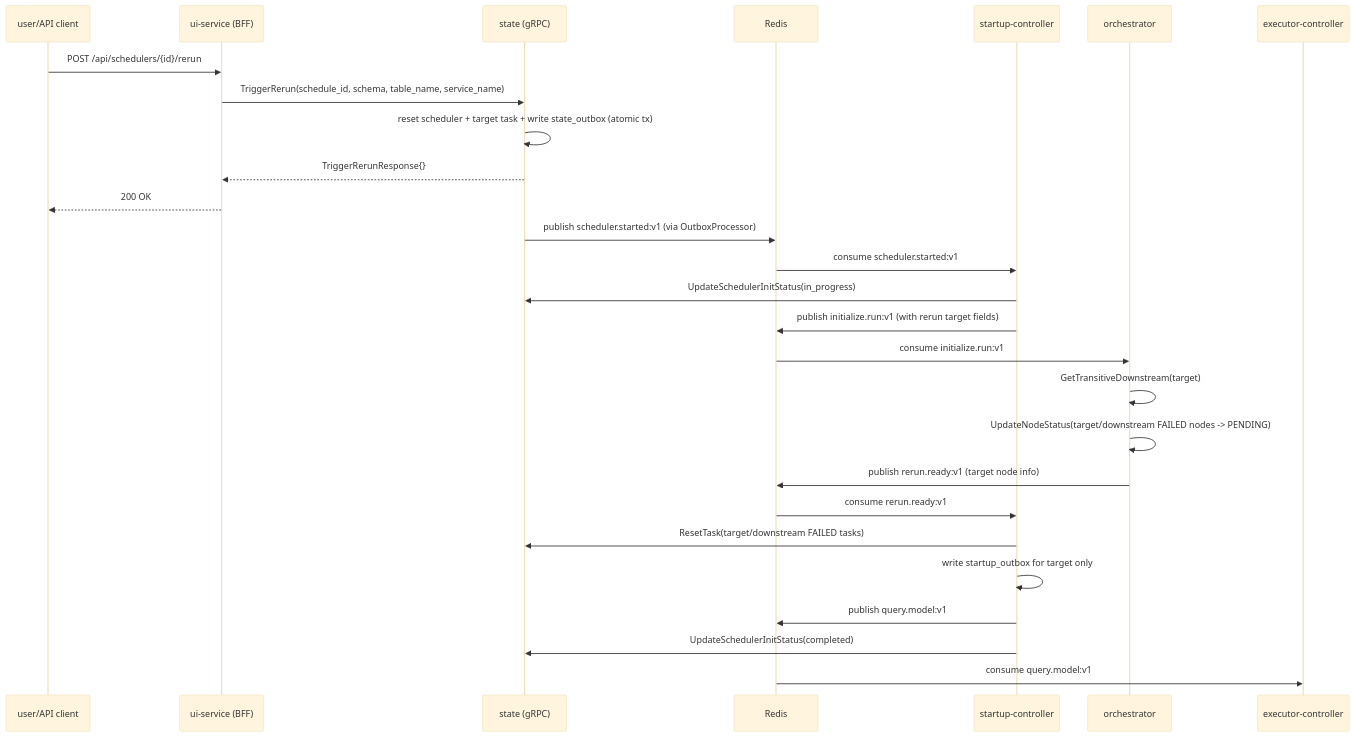
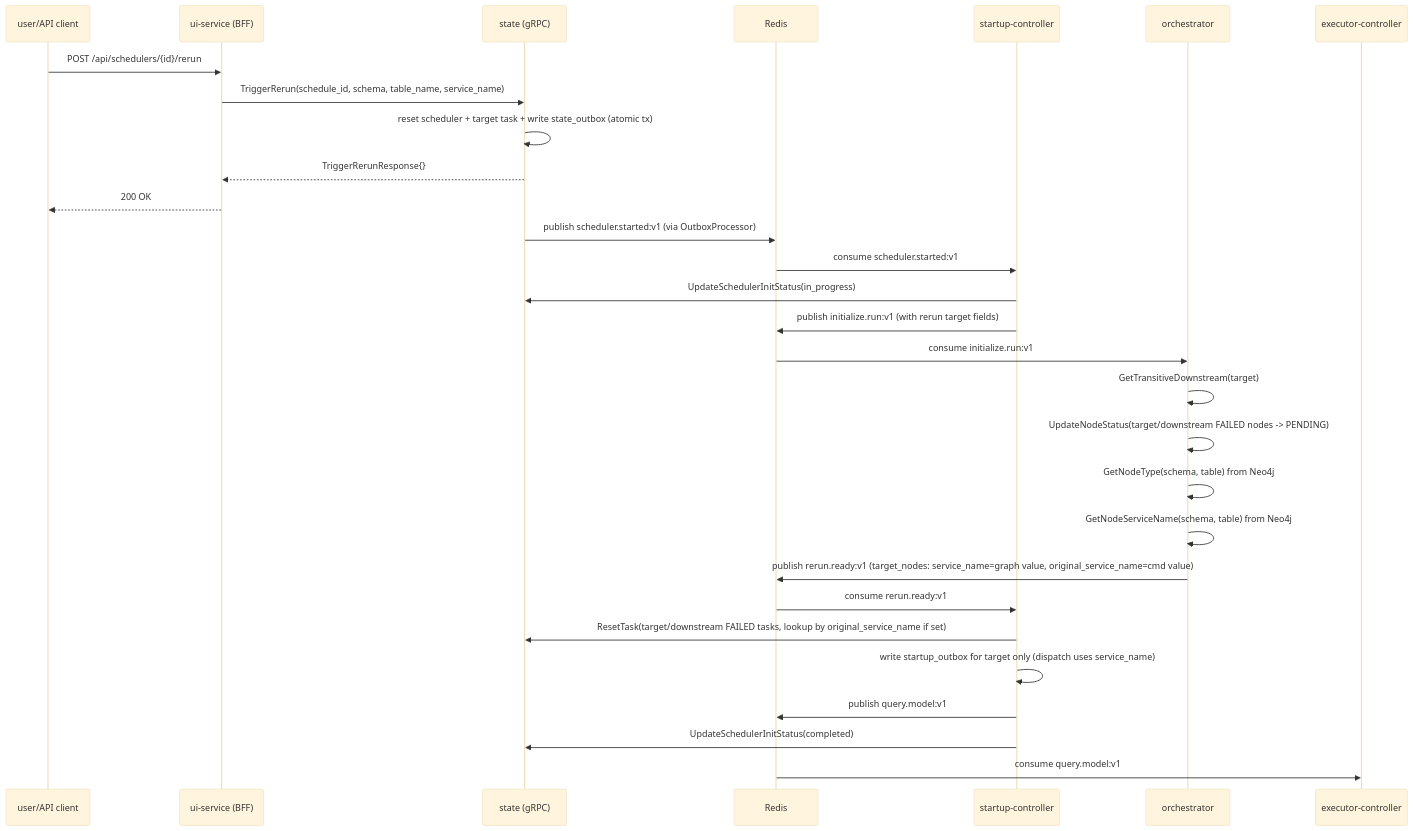
The fourth of 5 diagrams in docs/arch/03-sequence-flows.md (carolsimone/continuo), drawn with Mermaid (base theme) before and after one commit. The commit also changed 3 other files, not shown here.

Commit message:
docs(arch): update rerun flow docs for service_name split and new repository methods

````diff
--- a/docs/arch/03-sequence-flows.md
+++ b/docs/arch/03-sequence-flows.md
@@ -108,30 +108,32 @@
 ```mermaid
 sequenceDiagram
   participant U as user/API client
   participant UI as ui-service (BFF)
   participant ST as state (gRPC)
   participant R as Redis
   participant SC as startup-controller
   participant OR as orchestrator
   participant EC as executor-controller
 
   U->>UI: POST /api/schedulers/{id}/rerun
   UI->>ST: TriggerRerun(schedule_id, schema, table_name, service_name)
   ST->>ST: reset scheduler + target task + write state_outbox (atomic tx)
   ST-->>UI: TriggerRerunResponse{}
   UI-->>U: 200 OK
   ST->>R: publish scheduler.started:v1 (via OutboxProcessor)
   R->>SC: consume scheduler.started:v1
   SC->>ST: UpdateSchedulerInitStatus(in_progress)
   SC->>R: publish initialize.run:v1 (with rerun target fields)
   R->>OR: consume initialize.run:v1
   OR->>OR: GetTransitiveDownstream(target)
   OR->>OR: UpdateNodeStatus(target/downstream FAILED nodes -> PENDING)
-  OR->>R: publish rerun.ready:v1 (target node info)
+  OR->>OR: GetNodeType(schema, table) from Neo4j
+  OR->>OR: GetNodeServiceName(schema, table) from Neo4j
+  OR->>R: publish rerun.ready:v1 (target_nodes: service_name=graph value, original_service_name=cmd value)
   R->>SC: consume rerun.ready:v1
-  SC->>ST: ResetTask(target/downstream FAILED tasks)
-  SC->>SC: write startup_outbox for target only
+  SC->>ST: ResetTask(target/downstream FAILED tasks, lookup by original_service_name if set)
+  SC->>SC: write startup_outbox for target only (dispatch uses service_name)
   SC->>R: publish query.model:v1
   SC->>ST: UpdateSchedulerInitStatus(completed)
   R->>EC: consume query.model:v1
 ```
````
